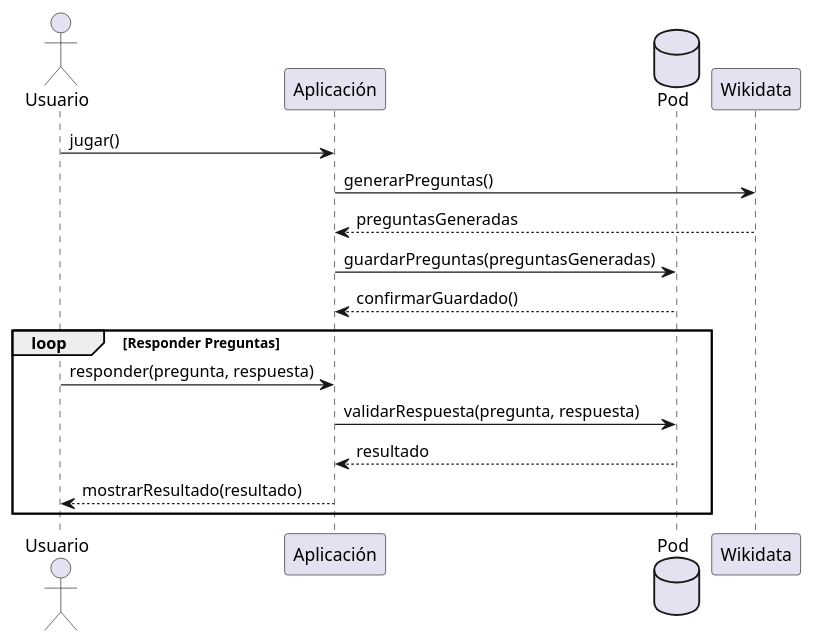
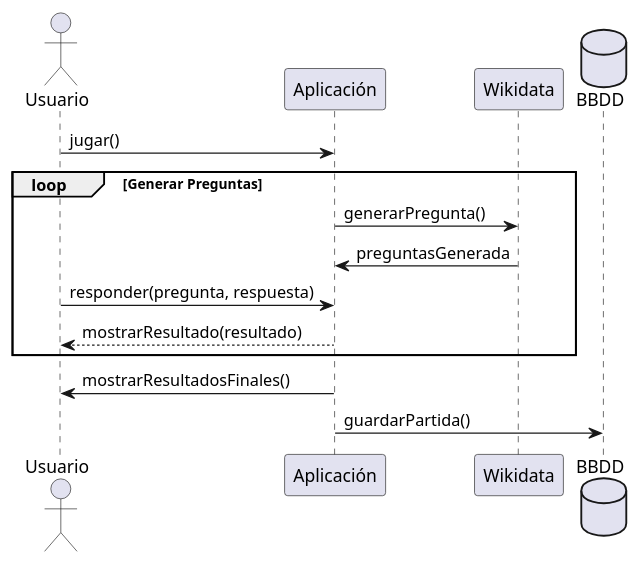
Before and after one commit to Arquisoft/wiq_es2a: the fourth of 4 diagrams in docs/src/06_runtime_view.adoc, drawn with PlantUML. The commit also changed other lines of this file, not shown here.

```diff
--- a/docs/src/06_runtime_view.adoc
+++ b/docs/src/06_runtime_view.adoc
@@ -81,18 +81,16 @@
 [plantuml,"Jugar",png]
 ----
 actor Usuario
 participant Aplicación
-database Pod as BBDD
 participant Wikidata
+database BBDD
 Usuario-> Aplicación: jugar()
-Aplicación-> Wikidata: generarPreguntas()
-Wikidata--> Aplicación: preguntasGeneradas
-Aplicación-> BBDD: guardarPreguntas(preguntasGeneradas)
-BBDD--> Aplicación: confirmarGuardado()
-loop Responder Preguntas
+loop Generar Preguntas
+  Aplicación-> Wikidata: generarPregunta()
+  Wikidata-> Aplicación: preguntasGenerada
   Usuario-> Aplicación: responder(pregunta, respuesta)
-  Aplicación-> BBDD: validarRespuesta(pregunta, respuesta)
-  BBDD--> Aplicación: resultado
   Aplicación--> Usuario: mostrarResultado(resultado)
 end
+Aplicación-> Usuario: mostrarResultadosFinales()
+Aplicación-> BBDD: guardarPartida()
 ----
```
